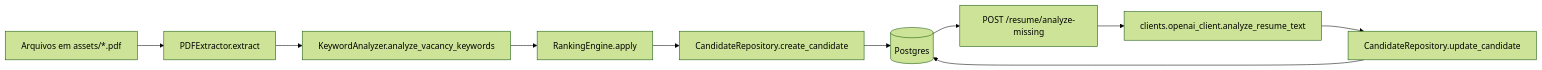
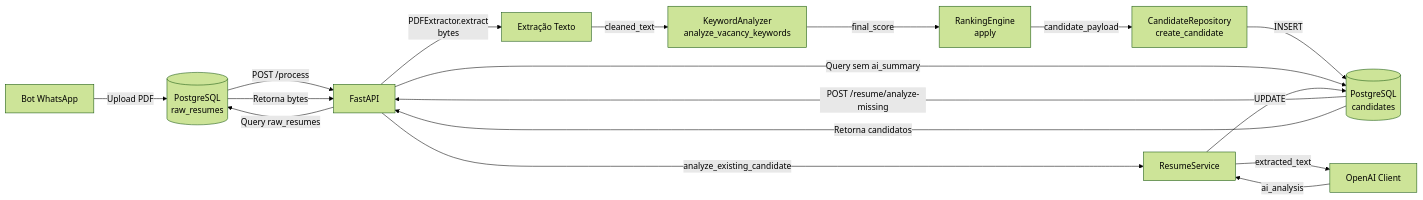
The first of 3 diagrams in docs/pipeline/index.md (GPetrolini/curriculum-bot-ranker), drawn with Mermaid (forest theme) before and after one commit. The commit also changed other lines of this file and 7 other files, not shown here.

````diff
--- a/docs/pipeline/index.md
+++ b/docs/pipeline/index.md
@@ -13,12 +13,19 @@
-::: mermaid
+```mermaid
 flowchart LR
-    Files[Arquivos em assets/*.pdf] --> Extract[PDFExtractor.extract]
-    Extract --> Keywords[KeywordAnalyzer.analyze_vacancy_keywords]
-    Keywords --> Rank[RankingEngine.apply]
-    Rank --> Persist[CandidateRepository.create_candidate]
-    Persist --> DB[(Postgres)]
-    DB --> AnalyzeMissing[POST /resume/analyze-missing]
-    AnalyzeMissing --> OpenAI[clients.openai_client.analyze_resume_text]
-    OpenAI --> Update[CandidateRepository.update_candidate]
-    Update --> DB
-:::
+    Bot[Bot WhatsApp] -->|Upload PDF| RawDB[(PostgreSQL<br/>raw_resumes)]
+    RawDB -->|POST /process| API[FastAPI]
+    API -->|Query raw_resumes| RawDB
+    RawDB -->|Retorna bytes| API
+    API -->|PDFExtractor.extract<br/>bytes| Extract[Extração Texto]
+    Extract -->|cleaned_text| Keywords[KeywordAnalyzer<br/>analyze_vacancy_keywords]
+    Keywords -->|final_score| Rank[RankingEngine<br/>apply]
+    Rank -->|candidate_payload| Persist[CandidateRepository<br/>create_candidate]
+    Persist -->|INSERT| CandDB[(PostgreSQL<br/>candidates)]
+    CandDB -->|POST /resume/analyze-missing| API
+    API -->|Query sem ai_summary| CandDB
+    CandDB -->|Retorna candidatos| API
+    API -->|analyze_existing_candidate| ResumeService[ResumeService]
+    ResumeService -->|extracted_text| OpenAI[OpenAI Client]
+    OpenAI -->|ai_analysis| ResumeService
+    ResumeService -->|UPDATE| CandDB
+```
````
